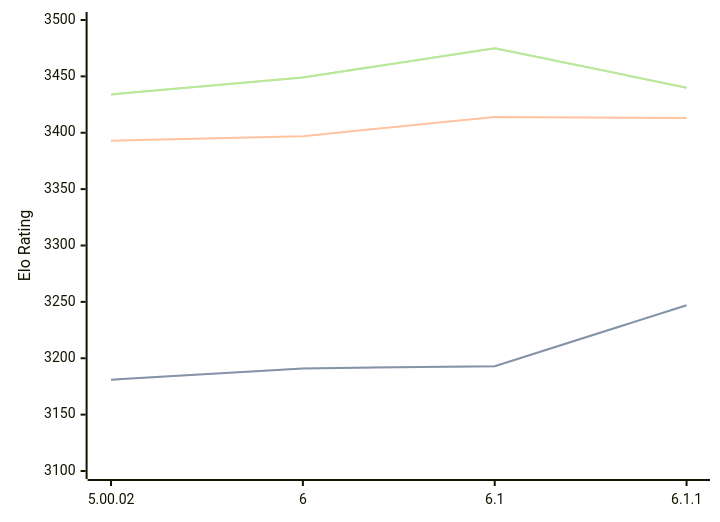
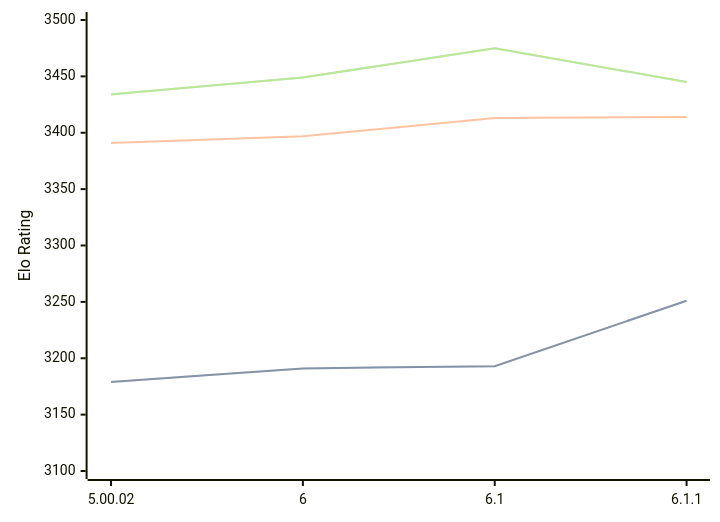
One commit to computer-chess-index/cci changed the diagram in engines/Zangdar.md. Above: the diagram before and after it, drawn with Mermaid. The commit also changed other lines of this file, not shown here.

Commit message:
Update CCI Ratings (ELO VLTC) - 2026-02-28

````diff
--- a/engines/Zangdar.md
+++ b/engines/Zangdar.md
@@ -44,11 +44,11 @@
 ```mermaid
 %%{init: {"theme":"base","themeVariables":{"seriesColors:['#a3a3a3','#222221','#faa371']}}}%%
 xychart-beta
   x-axis ["5.00.02", "6", "6.1", "6.1.1"]
   y-axis "Elo Rating" 3100 --> 3500
-  line "STC (8.0+0.08s)" [3181, 3191, 3193, 3247]
-  line "STC (8.0+0.08s)" [3181, 3191, 3193, 3247]
-  line "LTC (60.0+0.60s)" [3393, 3397, 3414, 3413]
-  line "VLTC (2m24s+1.12s)" [3434, 3449, 3475, 3440]
-  line "VLTC (2m24s+1.12s)" [3434, 3449, 3475, 3440]
+  line "STC (8.0+0.08s)" [3179, 3191, 3193, 3251]
+  line "STC (8.0+0.08s)" [3179, 3191, 3193, 3251]
+  line "LTC (60.0+0.60s)" [3391, 3397, 3413, 3414]
+  line "VLTC (2m24s+1.12s)" [3434, 3449, 3475, 3445]
+  line "VLTC (2m24s+1.12s)" [3434, 3449, 3475, 3445]
 ```
````
